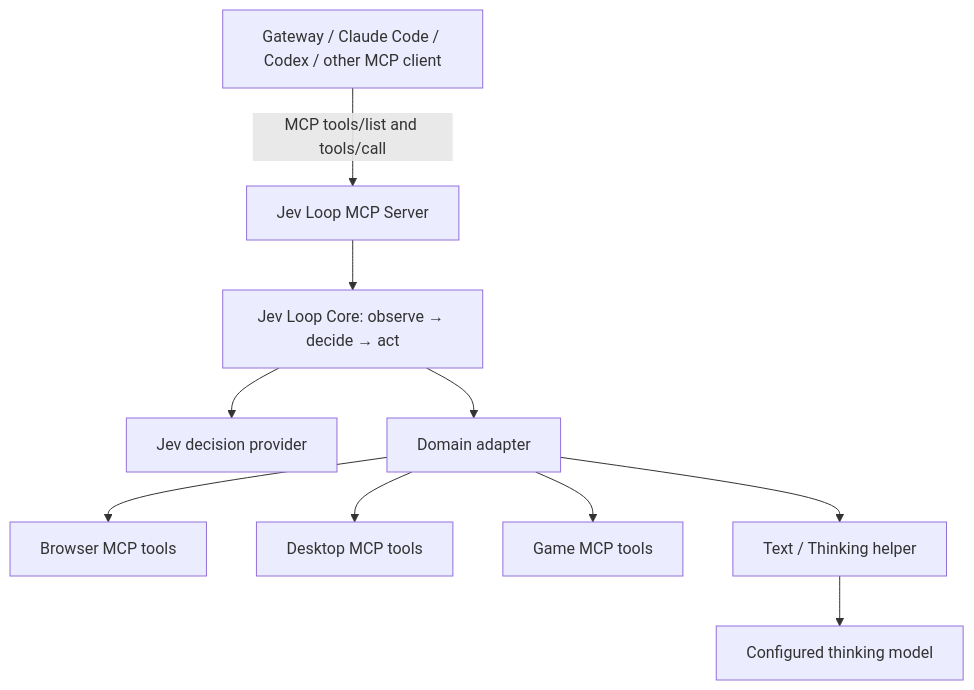
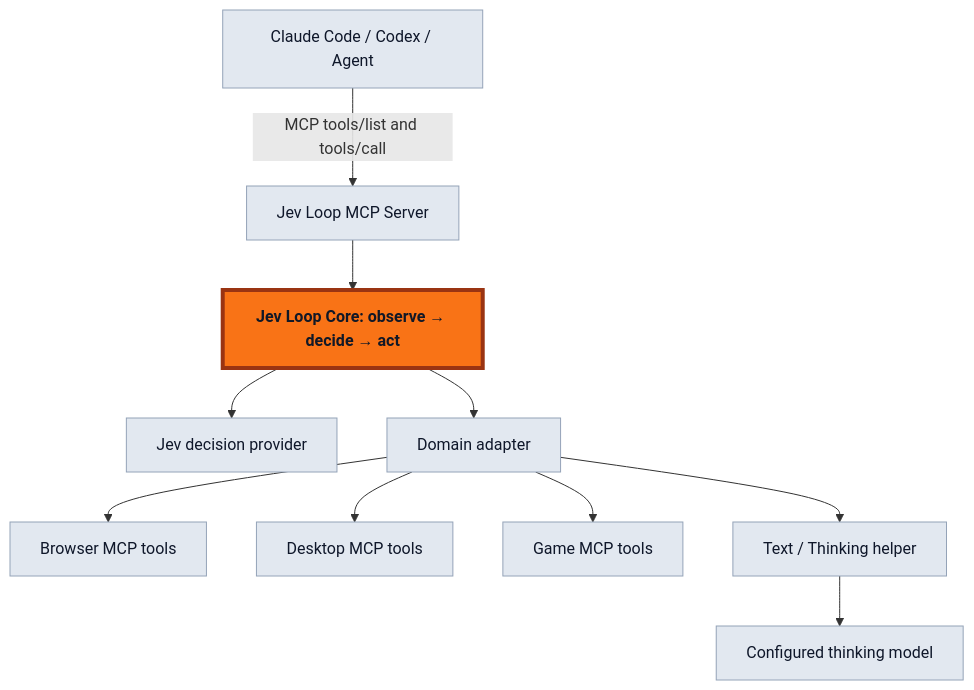
Before and after one commit to 0xMaxMa/jev-loop: the diagram in README.md, drawn with Mermaid. The commit also changed other lines of this file and 4 other files, not shown here.

````diff
--- a/README.md
+++ b/README.md
@@ -7,12 +7,16 @@
 ```mermaid
 flowchart TD
-    A[Gateway / Claude Code / Codex / other MCP client] -->|MCP tools/list and tools/call| S[Jev Loop MCP Server]
+    A[Claude Code / Codex / Agent] -->|MCP tools/list and tools/call| S[Jev Loop MCP Server]
     S --> C[Jev Loop Core: observe → decide → act]
     C --> J[Jev decision provider]
     C --> D[Domain adapter]
     D --> B[Browser MCP tools]
     D --> P[Desktop MCP tools]
     D --> G[Game MCP tools]
     D --> T[Text / Thinking helper]
     T --> M[Configured thinking model]
+    classDef core fill:#f97316,stroke:#9a3412,stroke-width:4px,color:#111827,font-weight:bold;
+    classDef supporting fill:#e2e8f0,stroke:#94a3b8,color:#0f172a;
+    class C core;
+    class A,S,J,D,B,P,G,T,M supporting;
 ```
````
